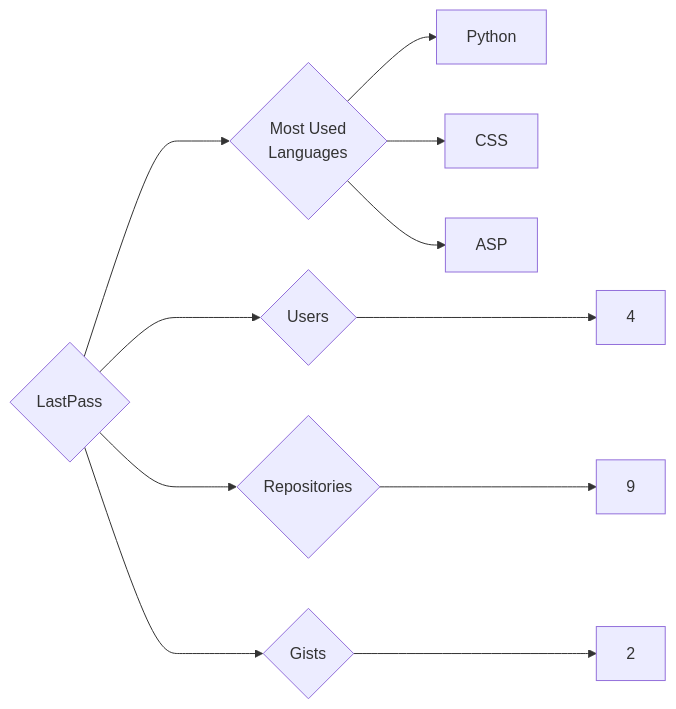
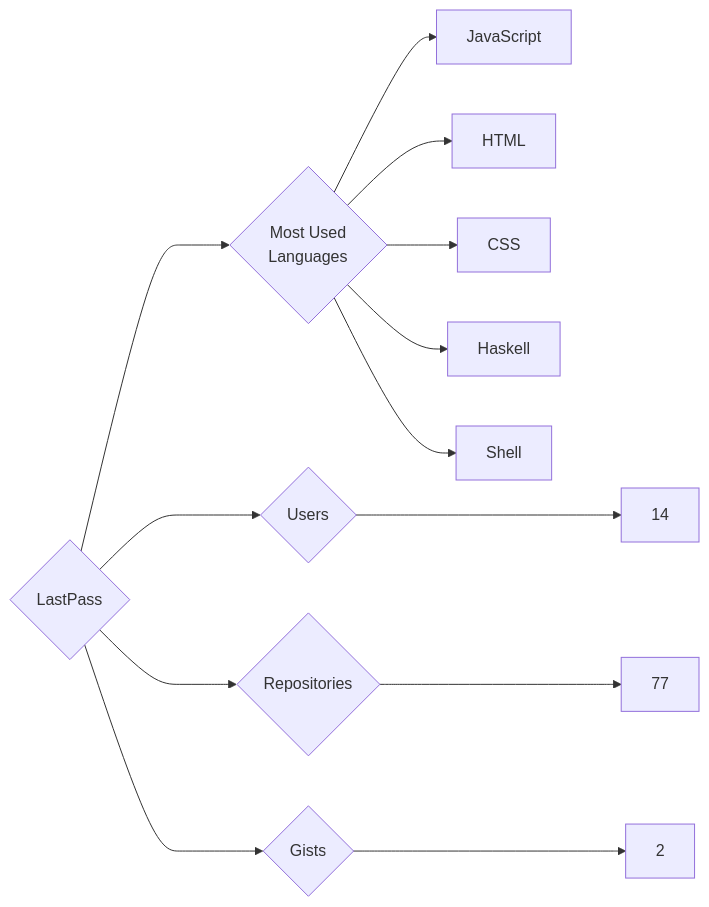
One commit to trickest/insiders changed the diagram in targets/LastPass/README.md. Above: the diagram before and after it, drawn with Mermaid. The commit also changed 688 other files, not shown here.

````diff
--- a/targets/LastPass/README.md
+++ b/targets/LastPass/README.md
@@ -3,11 +3,13 @@
 ```mermaid
 graph LR
 COMPANY_NAME{LastPass}
-COMPANY_NAME ---> U{Users} ---> UN[4]
-COMPANY_NAME ---> R{Repositories} ---> RN[9]
+COMPANY_NAME ---> U{Users} ---> UN[14]
+COMPANY_NAME ---> R{Repositories} ---> RN[77]
 COMPANY_NAME ---> G{Gists} ---> GN[2]
 COMPANY_NAME ---> ML{Most Used<br>Languages}
-ML --> Python[Python]
+ML --> JavaScript[JavaScript]
+ML --> HTML[HTML]
 ML --> CSS[CSS]
-ML --> ASP[ASP]
+ML --> Haskell[Haskell]
+ML --> Shell[Shell]
 ```
````
